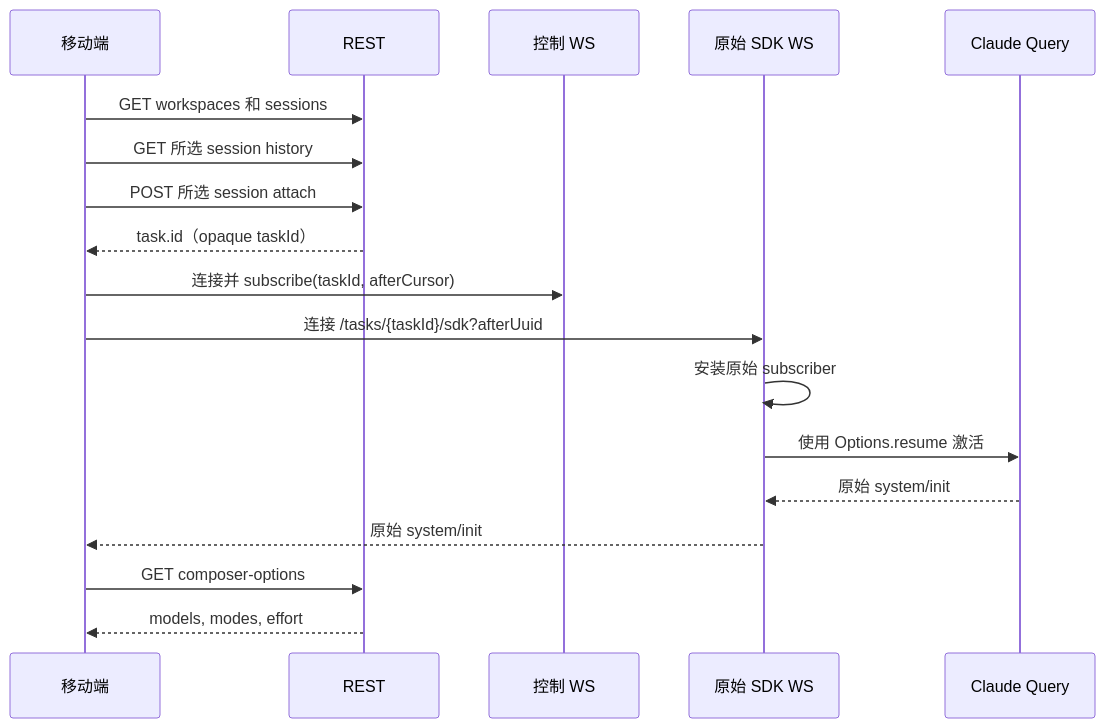
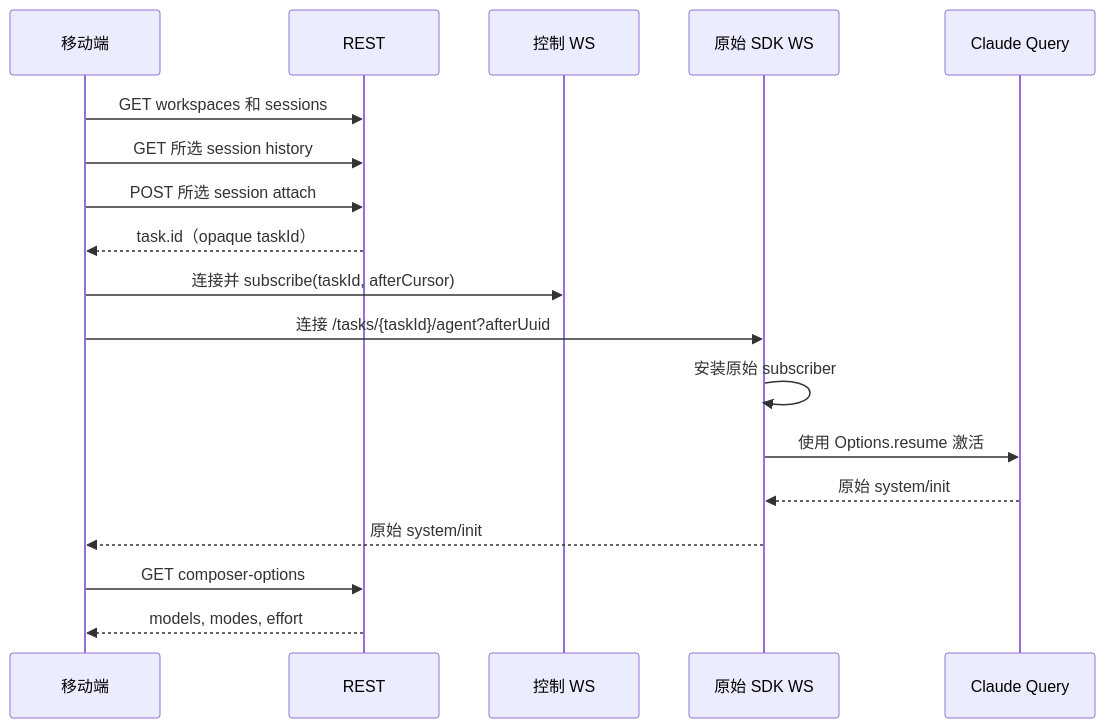
The third of 10 diagrams in docs/mobile-integration-guide.zh-CN.md (loomou/PocketPilot), drawn with Mermaid before and after one commit. The commit also changed other lines of this file and 17 other files, not shown here.

````diff
--- a/docs/mobile-integration-guide.zh-CN.md
+++ b/docs/mobile-integration-guide.zh-CN.md
@@ -886,20 +894,20 @@
 ```mermaid
 sequenceDiagram
     participant M as 移动端
     participant R as REST
     participant C as 控制 WS
     participant S as 原始 SDK WS
     participant Q as Claude Query
     M->>R: GET workspaces 和 sessions
     M->>R: GET 所选 session history
     M->>R: POST 所选 session attach
     R-->>M: task.id（opaque taskId）
     M->>C: 连接并 subscribe(taskId, afterCursor)
-    M->>S: 连接 /tasks/{taskId}/sdk?afterUuid
+    M->>S: 连接 /tasks/{taskId}/agent?afterUuid
     S->>S: 安装原始 subscriber
     S->>Q: 使用 Options.resume 激活
     Q-->>S: 原始 system/init
     S-->>M: 原始 system/init
     M->>R: GET composer-options
     R-->>M: models, modes, effort
 ```
````
